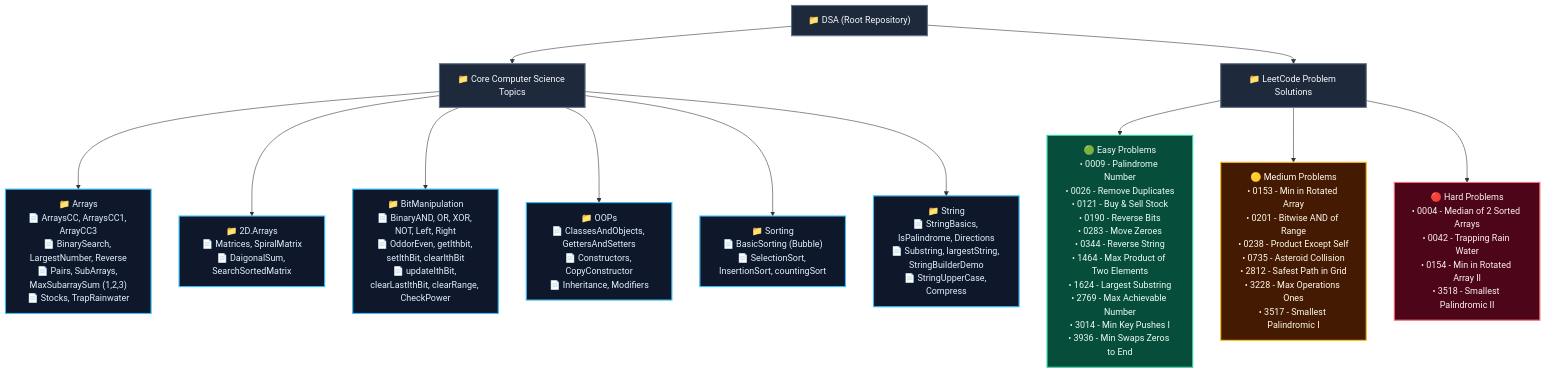
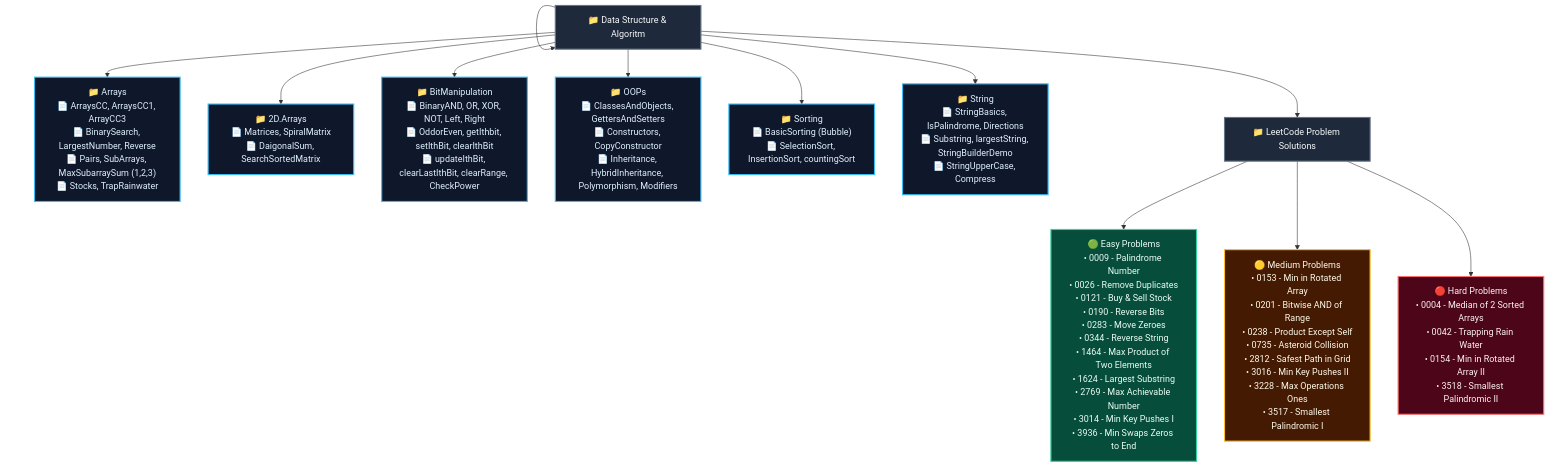
One commit to raghuvanshi-sec/DSA changed the diagram in README.md. Above: the diagram before and after it, drawn with Mermaid. The commit also changed other lines of this file and 2 other files, not shown here.

Commit message:
feat: add solution for LeetCode 3016 and update repository documentation

````diff
--- a/README.md
+++ b/README.md
@@ -160,34 +160,34 @@
 ```mermaid
 flowchart TD
-    DSA["📁 DSA (Root Repository)"]
+    DSA["📁 DSA Repository"]
     
     %% Categories
-    DSA --> Core["📁 Core Computer Science Topics"]
+    DSA --> DSA["📁 Data Structure & Algoritm"]
     DSA --> LC["📁 LeetCode Problem Solutions"]
     
-    %% Core Breakdown
-    Core --> Arrays["📁 Arrays<br/>📄 ArraysCC, ArraysCC1, ArrayCC3<br/>📄 BinarySearch, LargestNumber, Reverse<br/>📄 Pairs, SubArrays, MaxSubarraySum (1,2,3)<br/>📄 Stocks, TrapRainwater"]
-    Core --> 2DArrays["📁 2D.Arrays<br/>📄 Matrices, SpiralMatrix<br/>📄 DaigonalSum, SearchSortedMatrix"]
-    Core --> Bitwise["📁 BitManipulation<br/>📄 BinaryAND, OR, XOR, NOT, Left, Right<br/>📄 OddorEven, getIthbit, setIthBit, clearIthBit<br/>📄 updateIthBit, clearLastIthBit, clearRange, CheckPower"]
-    Core --> OOPs["📁 OOPs<br/>📄 ClassesAndObjects, GettersAndSetters<br/>📄 Constructors, CopyConstructor<br/>📄 Inheritance, Modifiers"]
-    Core --> Sorting["📁 Sorting<br/>📄 BasicSorting (Bubble)<br/>📄 SelectionSort, InsertionSort, countingSort"]
-    Core --> String["📁 String<br/>📄 StringBasics, IsPalindrome, Directions<br/>📄 Substring, largestString, StringBuilderDemo<br/>📄 StringUpperCase, Compress"]
+    %% DSA Breakdown
+    DSA --> Arrays["📁 Arrays<br/>📄 ArraysCC, ArraysCC1, ArrayCC3<br/>📄 BinarySearch, LargestNumber, Reverse<br/>📄 Pairs, SubArrays, MaxSubarraySum (1,2,3)<br/>📄 Stocks, TrapRainwater"]
+    DSA --> 2DArrays["📁 2D.Arrays<br/>📄 Matrices, SpiralMatrix<br/>📄 DaigonalSum, SearchSortedMatrix"]
+    DSA --> Bitwise["📁 BitManipulation<br/>📄 BinaryAND, OR, XOR, NOT, Left, Right<br/>📄 OddorEven, getIthbit, setIthBit, clearIthBit<br/>📄 updateIthBit, clearLastIthBit, clearRange, CheckPower"]
+    DSA --> OOPs["📁 OOPs<br/>📄 ClassesAndObjects, GettersAndSetters<br/>📄 Constructors, CopyConstructor<br/>📄 Inheritance, HybridInheritance, Polymorphism, Modifiers"]
+    DSA --> Sorting["📁 Sorting<br/>📄 BasicSorting (Bubble)<br/>📄 SelectionSort, InsertionSort, countingSort"]
+    DSA --> String["📁 String<br/>📄 StringBasics, IsPalindrome, Directions<br/>📄 Substring, largestString, StringBuilderDemo<br/>📄 StringUpperCase, Compress"]
     
     %% LeetCode Breakdown
     LC --> Easy["🟢 Easy Problems<br/>• 0009 - Palindrome Number<br/>• 0026 - Remove Duplicates<br/>• 0121 - Buy & Sell Stock<br/>• 0190 - Reverse Bits<br/>• 0283 - Move Zeroes<br/>• 0344 - Reverse String<br/>• 1464 - Max Product of Two Elements<br/>• 1624 - Largest Substring<br/>• 2769 - Max Achievable Number<br/>• 3014 - Min Key Pushes I<br/>• 3936 - Min Swaps Zeros to End"]
-    LC --> Medium["🟡 Medium Problems<br/>• 0153 - Min in Rotated Array<br/>• 0201 - Bitwise AND of Range<br/>• 0238 - Product Except Self<br/>• 0735 - Asteroid Collision<br/>• 2812 - Safest Path in Grid<br/>• 3228 - Max Operations Ones<br/>• 3517 - Smallest Palindromic I"]
+    LC --> Medium["🟡 Medium Problems<br/>• 0153 - Min in Rotated Array<br/>• 0201 - Bitwise AND of Range<br/>• 0238 - Product Except Self<br/>• 0735 - Asteroid Collision<br/>• 2812 - Safest Path in Grid<br/>• 3016 - Min Key Pushes II<br/>• 3228 - Max Operations Ones<br/>• 3517 - Smallest Palindromic I"]
     LC --> Hard["🔴 Hard Problems<br/>• 0004 - Median of 2 Sorted Arrays<br/>• 0042 - Trapping Rain Water<br/>• 0154 - Min in Rotated Array II<br/>• 3518 - Smallest Palindromic II"]
 
     %% Styling
     classDef main fill:#1e293b,stroke:#64748b,stroke-width:2px,color:#f8fafc;
     classDef folder fill:#0f172a,stroke:#38bdf8,stroke-width:2px,color:#e0f2fe;
     classDef easy fill:#064e3b,stroke:#34d399,stroke-width:2px,color:#ecfdf5;
     classDef medium fill:#451a03,stroke:#fbbf24,stroke-width:2px,color:#fffbeb;
     classDef hard fill:#4c0519,stroke:#f87171,stroke-width:2px,color:#fef2f2;
     
     class DSA,Core,LC main;
     class Arrays,2DArrays,Bitwise,OOPs,Sorting,String folder;
     class Easy easy;
     class Medium medium;
     class Hard hard;
 ```
````
